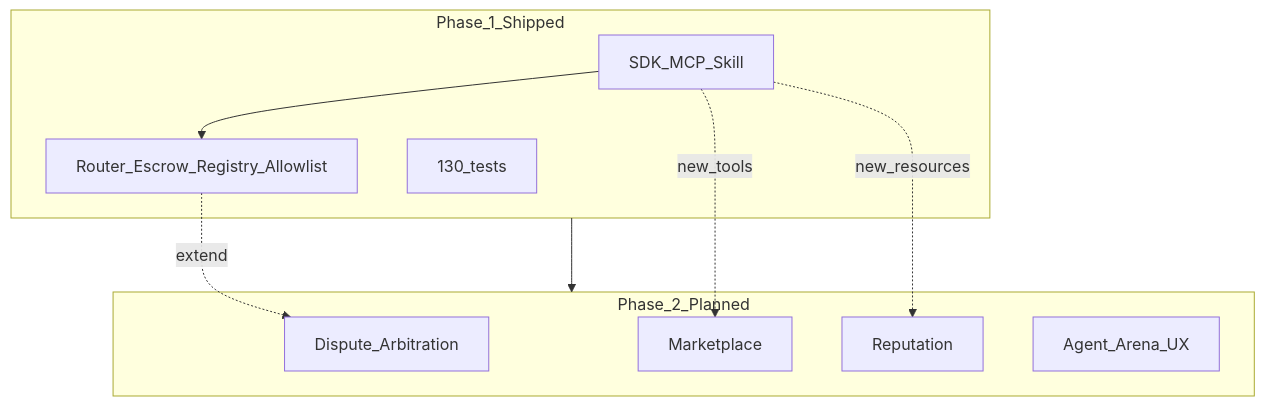
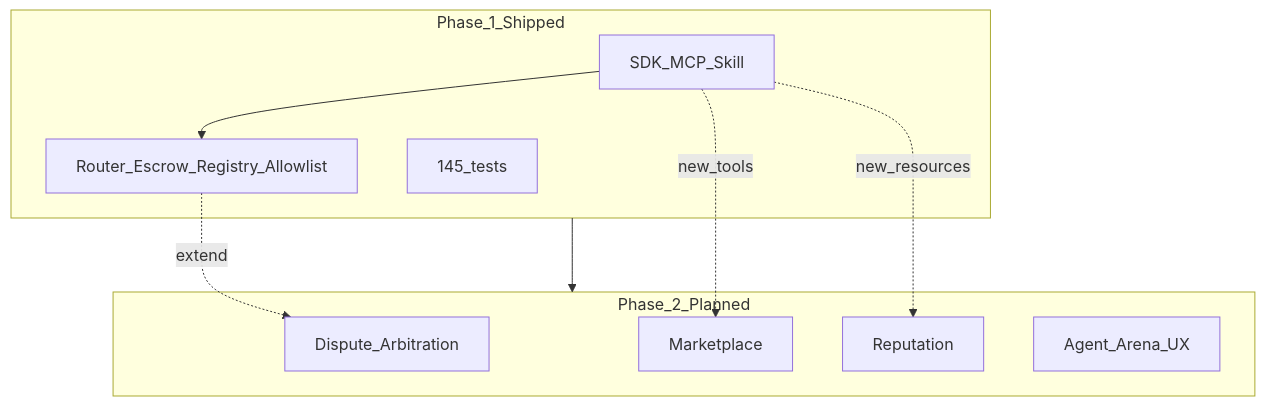
One commit to shery8595/Pharos-Settle changed the third of 3 diagrams in docs/PHASES.md. Above: the diagram before and after it, drawn with Mermaid. The commit also changed other lines of this file and 53 other files, not shown here.

````diff
--- a/docs/PHASES.md
+++ b/docs/PHASES.md
@@ -408,19 +400,19 @@
 ```mermaid
 flowchart TB
   subgraph phase1 [Phase_1_Shipped]
     P1_SDK[SDK_MCP_Skill]
     P1_Contracts[Router_Escrow_Registry_Allowlist]
-    P1_Tests[130_tests]
+    P1_Tests[145_tests]
     P1_SDK --> P1_Contracts
   end
   subgraph phase2 [Phase_2_Planned]
     P2_Dispute[Dispute_Arbitration]
     P2_Market[Marketplace]
     P2_Rep[Reputation]
     P2_Arena[Agent_Arena_UX]
   end
   phase1 --> phase2
   P1_Contracts -.->|extend| P2_Dispute
   P1_SDK -.->|new_tools| P2_Market
   P1_SDK -.->|new_resources| P2_Rep
 ```
````
